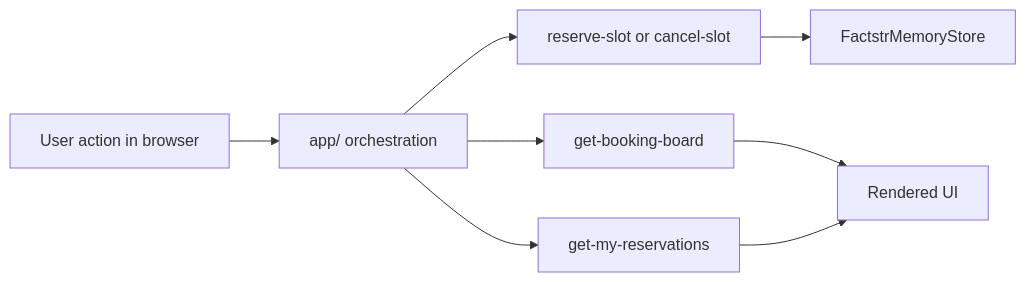
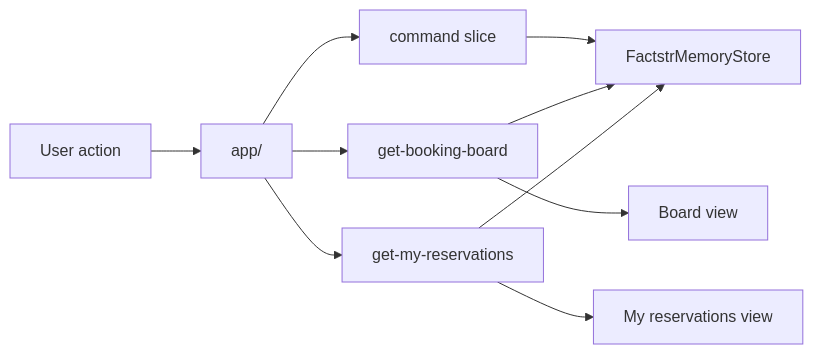
Before and after one commit to ricofritzsche/factstr-examples-typescript: the first of 2 diagrams in examples/meeting-room-booking/README.md, drawn with Mermaid. The commit also changed other lines of this file, not shown here.

Commit message:
readme updated

`````diff
--- a/examples/meeting-room-booking/README.md
+++ b/examples/meeting-room-booking/README.md
@@ -98,18 +98,23 @@
 ```mermaid
 flowchart LR
-    UI[User action in browser]
-    APP[app/ orchestration]
-    CMD[reserve-slot or cancel-slot]
+    UI[User action]
+    APP[app/]
+    CMD[command slice]
     STORE[FactstrMemoryStore]
-    Q1[get-booking-board]
-    Q2[get-my-reservations]
-    VIEW[Rendered UI]
+    QB[get-booking-board]
+    QM[get-my-reservations]
+    BOARD[Board view]
+    MINE[My reservations view]
 
     UI --> APP
     APP --> CMD
     CMD --> STORE
-    APP --> Q1
-    APP --> Q2
-    Q1 --> VIEW
-    Q2 --> VIEW
+
+    APP --> QB
+    APP --> QM
+    QB --> STORE
+    QM --> STORE
+
+    QB --> BOARD
+    QM --> MINE
 ````
`````
